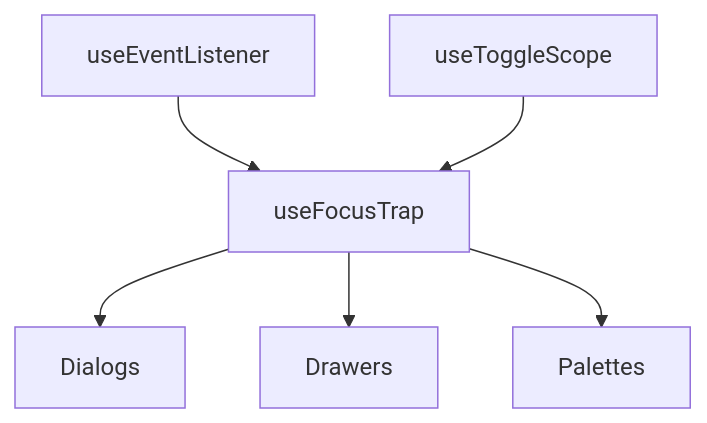
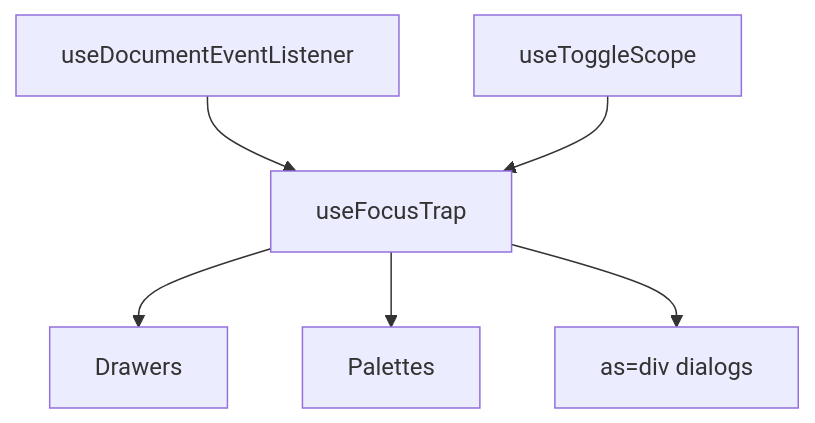
The diagram in apps/docs/src/pages/composables/system/use-focus-trap.md (vuetifyjs/0), drawn with Mermaid before and after one commit. The commit also changed other lines of this file and 7 other files, not shown here.

First line of the commit message:
fix(useFocusTrap): inward-first stack, radio ranking, and option names

````diff
--- a/apps/docs/src/pages/composables/system/use-focus-trap.md
+++ b/apps/docs/src/pages/composables/system/use-focus-trap.md
@@ -54,8 +56,8 @@
 ```mermaid "Focus Trap Composition"
 flowchart TD
-  useEventListener --> useFocusTrap
+  useDocumentEventListener --> useFocusTrap
   useToggleScope --> useFocusTrap
-  useFocusTrap --> Dialogs
   useFocusTrap --> Drawers
   useFocusTrap --> Palettes
+  useFocusTrap --> CustomOverlays["as=div dialogs"]
 ```
````
